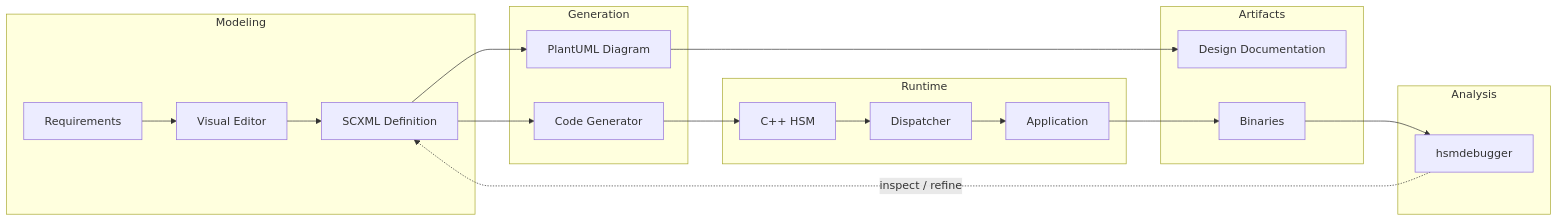
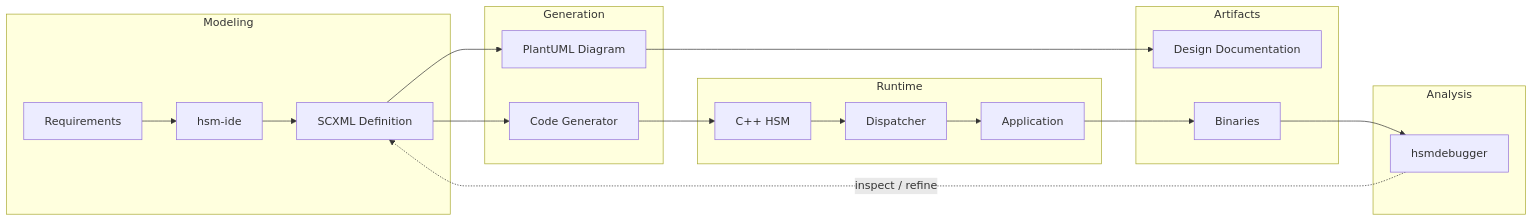
The diagram in README.md (igor-krechetov/hsmcpp), drawn with Mermaid before and after one commit. The commit also changed other lines of this file and 14 other files, not shown here.

````diff
--- a/README.md
+++ b/README.md
@@ -44,42 +44,42 @@
 ```mermaid
 flowchart LR
     subgraph Modeling
         REQ[Requirements]
         SCXML[SCXML Definition]
-        IDE[Visual Editor]
+        IDE[hsm-ide]
     end
 
     subgraph Generation
         GEN[Code Generator]
         UML[PlantUML Diagram]
     end
 
     subgraph Runtime
         HSM[C++ HSM]
         DISP[Dispatcher]
         APP[Application]
     end
 
     subgraph Analysis
         DBG[hsmdebugger]
     end
 
     subgraph Artifacts
         DESIGN[Design Documentation]
         EXE[Binaries]
     end
 
     REQ --> IDE
     IDE --> SCXML
     SCXML --> GEN
     SCXML --> UML
     UML --> DESIGN
     GEN --> HSM
 
     HSM --> DISP
     DISP --> APP
 
     APP --> EXE
     EXE --> DBG
     DBG -. inspect / refine .-> SCXML
 ```
````
